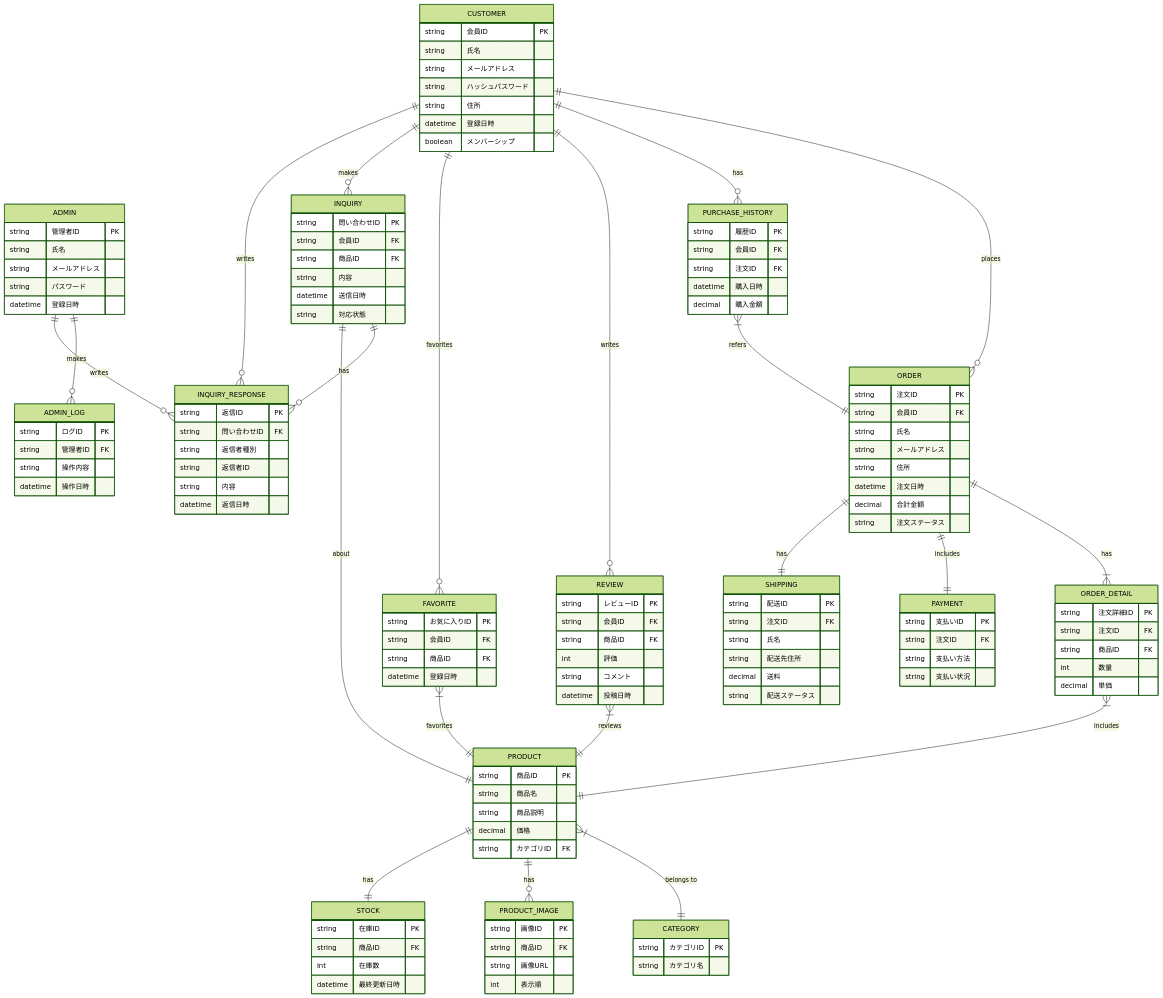
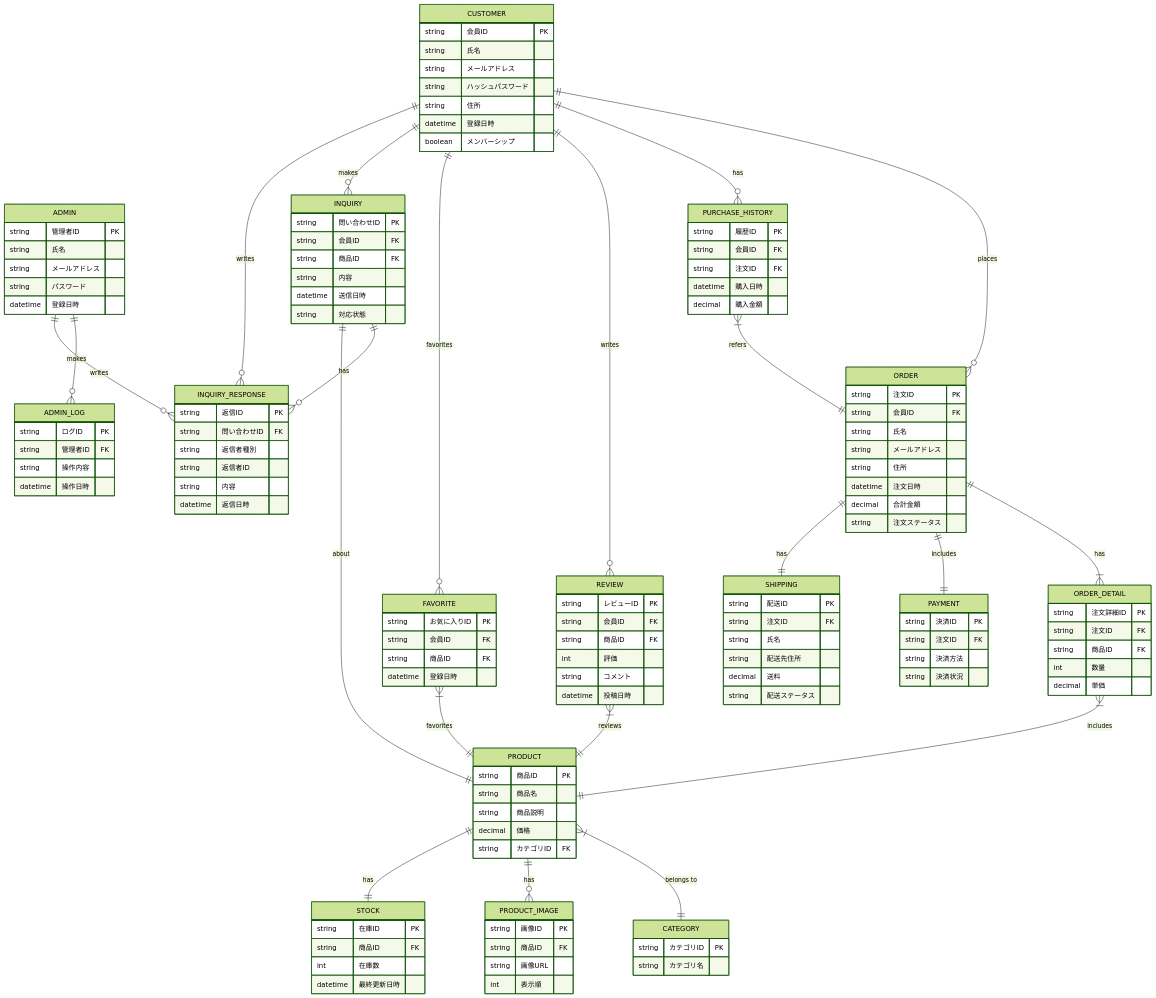
One commit to YUKlT0/Equipe changed the fifth of 5 diagrams in 基本設計/D.md. Above: the diagram before and after it, drawn with Mermaid (forest theme). The commit also changed other lines of this file, not shown here.

```diff
--- a/基本設計/D.md
+++ b/基本設計/D.md
@@ -511,10 +511,10 @@
     }
 
     PAYMENT {
-        string 支払いID PK
+        string 決済ID PK
         string 注文ID FK
-        string 支払い方法
-        string 支払い状況
+        string 決済方法
+        string 決済状況
     }
 
     STOCK {
```
